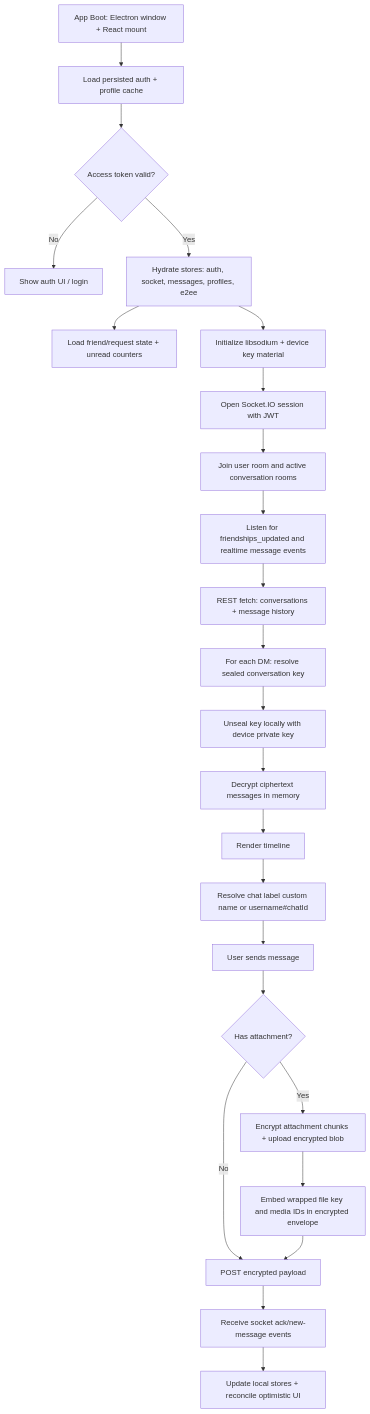
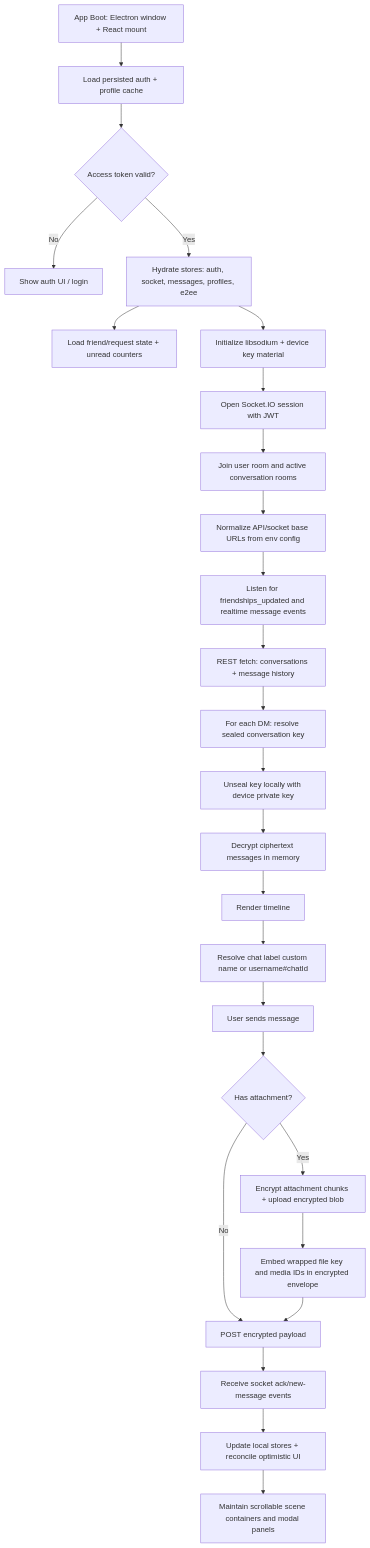
Before and after one commit to orbit-chat/orbit-chat: the fourth of 5 diagrams in README.md, drawn with Mermaid. The commit also changed other lines of this file, not shown here.

Commit message:
feat: enhance documentation with full-scene scroll handling and client URL normalization details

````diff
--- a/README.md
+++ b/README.md
@@ -193,26 +198,28 @@
 ```mermaid
 flowchart TD
 	A[App Boot: Electron window + React mount] --> B[Load persisted auth + profile cache]
 	B --> C{Access token valid?}
 	C -- No --> D[Show auth UI / login]
 	C -- Yes --> E[Hydrate stores: auth, socket, messages, profiles, e2ee]
 	E --> E2[Load friend/request state + unread counters]
 	E --> F[Initialize libsodium + device key material]
 	F --> G[Open Socket.IO session with JWT]
 	G --> H[Join user room and active conversation rooms]
-	H --> H2[Listen for friendships_updated and realtime message events]
+	H --> H1[Normalize API/socket base URLs from env config]
+	H1 --> H2[Listen for friendships_updated and realtime message events]
 	H2 --> I[REST fetch: conversations + message history]
 	I --> J[For each DM: resolve sealed conversation key]
 	J --> K[Unseal key locally with device private key]
 	K --> L[Decrypt ciphertext messages in memory]
 	L --> M[Render timeline]
 	M --> M2[Resolve chat label custom name or username#chatId]
 	M2 --> N[User sends message]
 	N --> O{Has attachment?}
 	O -- No --> P[Encrypt plaintext with conversation key and nonce]
 	O -- Yes --> P2[Encrypt attachment chunks + upload encrypted blob]
 	P2 --> P3[Embed wrapped file key and media IDs in encrypted envelope]
 	P3 --> P[POST encrypted payload]
 	P --> Q[Receive socket ack/new-message events]
 	Q --> R[Update local stores + reconcile optimistic UI]
+	R --> S[Maintain scrollable scene containers and modal panels]
 ```
````
